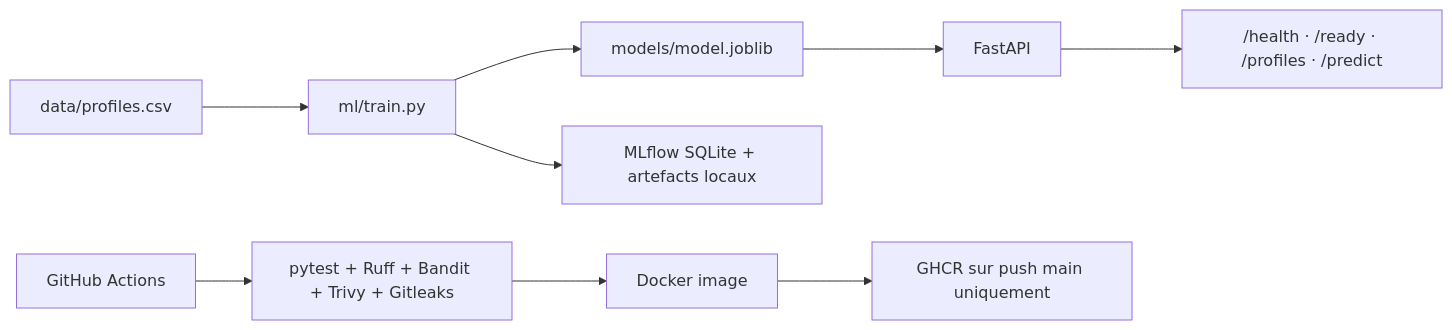
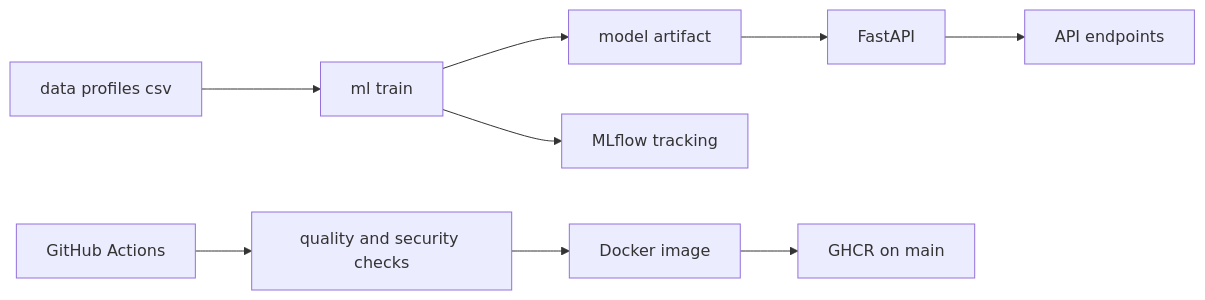
Before and after one commit to farah-ben-harb/Mlops-Project: the diagram in README.md, drawn with Mermaid.

Commit message:
fix: simplify README Mermaid diagram
Diagramme Mermaid rendu compatible GitHub avec une syntaxe minimale. CI validée.

````diff
--- a/README.md
+++ b/README.md
@@ -22,11 +22,11 @@
 ```mermaid
-flowchart LR
-  D["data/profiles.csv"] --> T["ml/train.py"]
-  T --> M["models/model.joblib"]
-  T --> F["MLflow SQLite + artefacts locaux"]
-  M --> A["FastAPI"]
-  A --> H["/health · /ready · /profiles · /predict"]
-  C["GitHub Actions"] --> Q["pytest + Ruff + Bandit + Trivy + Gitleaks"]
-  Q --> I["Docker image"]
-  I --> R["GHCR sur push main uniquement"]
+graph LR
+  D[data profiles csv] --> T[ml train]
+  T --> M[model artifact]
+  T --> F[MLflow tracking]
+  M --> A[FastAPI]
+  A --> H[API endpoints]
+  C[GitHub Actions] --> Q[quality and security checks]
+  Q --> I[Docker image]
+  I --> R[GHCR on main]
 ```
````
